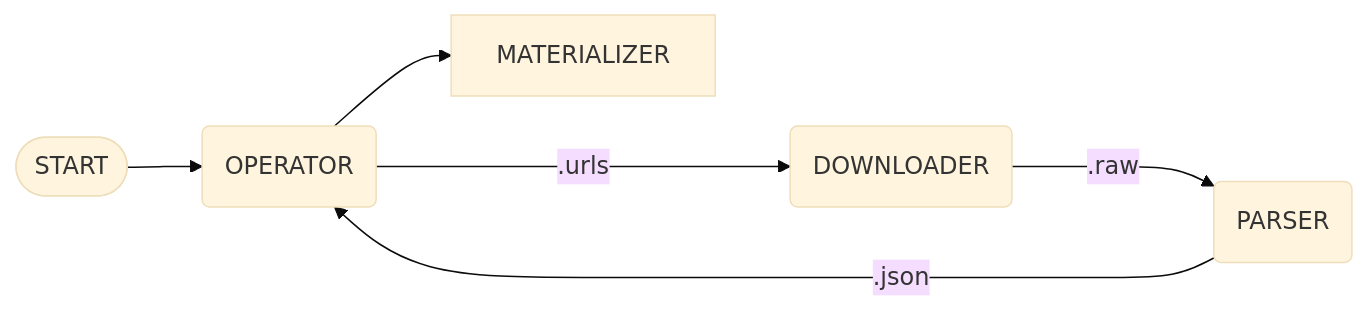
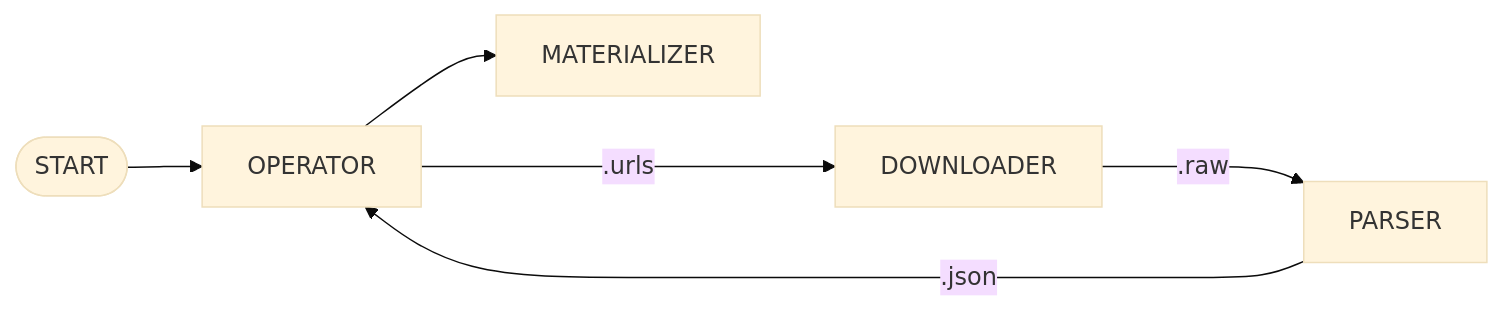
One commit to Glutexo/onigumo changed the diagram in README.md. Above: the diagram before and after it, drawn with Mermaid (base theme).

Commit message:
Make flowchart boxes rectangular

````diff
--- a/README.md
+++ b/README.md
@@ -17,8 +17,8 @@
 ```mermaid
 flowchart LR
-    start([START])         -->         operator(OPERATOR)
-    operator       -- <hash>.urls ---> downloader(DOWNLOADER)
-    downloader     -- <hash>.raw  ---> parser(PARSER)
+    start([START])         -->         operator[OPERATOR]
+    operator       -- <hash>.urls ---> downloader[DOWNLOADER]
+    downloader     -- <hash>.raw  ---> parser[PARSER]
     parser         -- <hash>.json ---> operator
     operator               -->         MATERIALIZER
 ```
````
